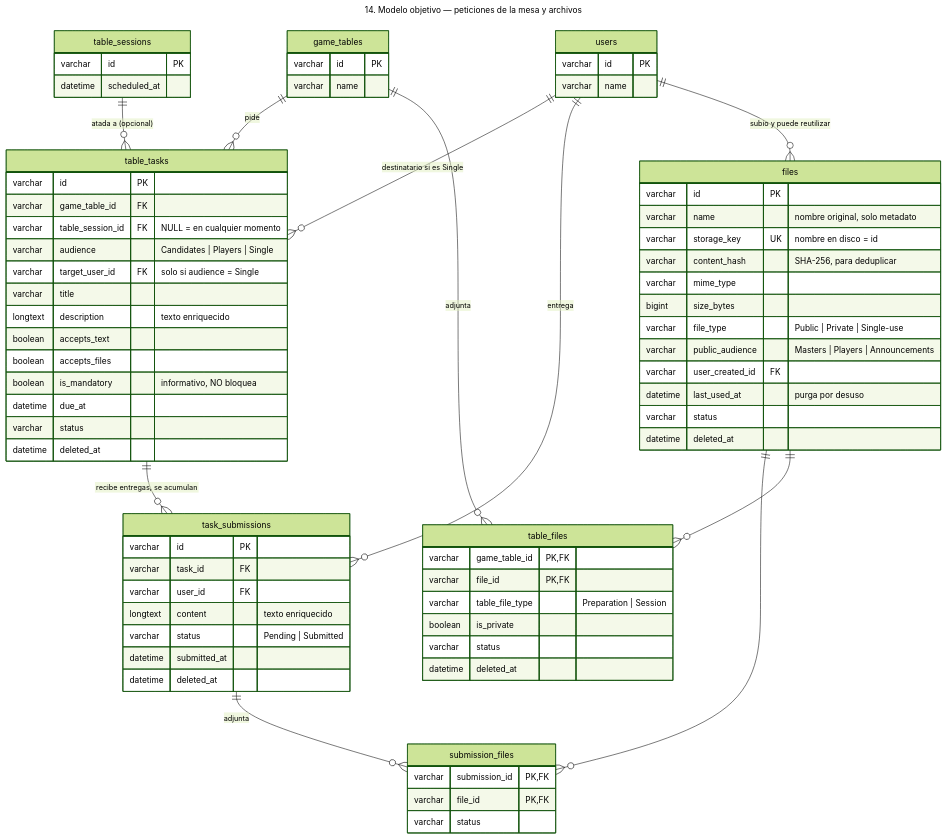
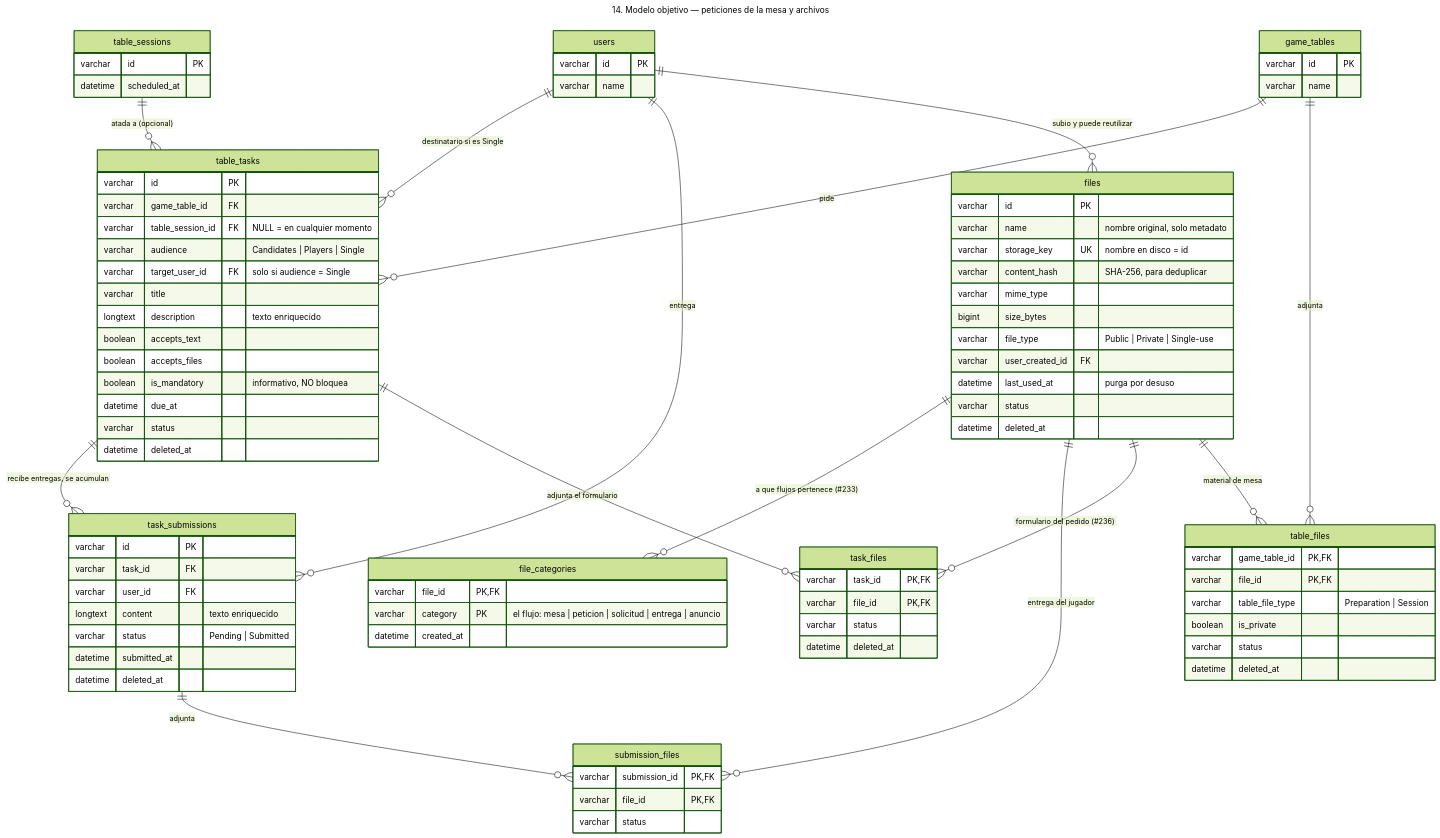
One commit to d4m14n257/CentralDungeon changed the diagram in docs/diagramas/14-objetivo-peticiones-archivos.mmd. Above: the diagram before and after it, drawn with Mermaid (forest theme). The commit also changed 158 other files, not shown here.

First line of the commit message:
El cajón de un archivo es el flujo del que viene, y un pedido puede traer su formulario

```diff
--- a/docs/diagramas/14-objetivo-peticiones-archivos.mmd
+++ b/docs/diagramas/14-objetivo-peticiones-archivos.mmd
@@ -1,86 +1,101 @@
 ---
 title: "14. Modelo objetivo — peticiones de la mesa y archivos"
 ---
 erDiagram
 
     game_tables {
         varchar id PK
         varchar name
     }
 
     table_sessions {
         varchar id PK
         datetime scheduled_at
     }
 
     users {
         varchar id PK
         varchar name
     }
 
     table_tasks {
         varchar id PK
         varchar game_table_id FK
         varchar table_session_id FK "NULL = en cualquier momento"
         varchar audience "Candidates | Players | Single"
         varchar target_user_id FK "solo si audience = Single"
         varchar title
         longtext description "texto enriquecido"
         boolean accepts_text
         boolean accepts_files
         boolean is_mandatory "informativo, NO bloquea"
         datetime due_at
         varchar status
         datetime deleted_at
     }
 
     task_submissions {
         varchar id PK
         varchar task_id FK
         varchar user_id FK
         longtext content "texto enriquecido"
         varchar status "Pending | Submitted"
         datetime submitted_at
         datetime deleted_at
     }
 
     submission_files {
         varchar submission_id PK,FK
         varchar file_id PK,FK
         varchar status
     }
 
     files {
         varchar id PK
         varchar name "nombre original, solo metadato"
         varchar storage_key UK "nombre en disco = id"
         varchar content_hash "SHA-256, para deduplicar"
         varchar mime_type
         bigint size_bytes
         varchar file_type "Public | Private | Single-use"
-        varchar public_audience "Masters | Players | Announcements"
         varchar user_created_id FK
         datetime last_used_at "purga por desuso"
+        varchar status
+        datetime deleted_at
+    }
+
+    file_categories {
+        varchar file_id PK,FK
+        varchar category PK "el flujo: mesa | peticion | solicitud | entrega | anuncio"
+        datetime created_at
+    }
+
+    task_files {
+        varchar task_id PK,FK
+        varchar file_id PK,FK
         varchar status
         datetime deleted_at
     }
 
     table_files {
         varchar game_table_id PK,FK
         varchar file_id PK,FK
         varchar table_file_type "Preparation | Session"
         boolean is_private
         varchar status
         datetime deleted_at
     }
 
     game_tables    ||--o{ table_tasks      : "pide"
     table_sessions ||--o{ table_tasks      : "atada a (opcional)"
     users          ||--o{ table_tasks      : "destinatario si es Single"
     table_tasks    ||--o{ task_submissions : "recibe entregas, se acumulan"
     users          ||--o{ task_submissions : "entrega"
     task_submissions ||--o{ submission_files : "adjunta"
-    files          ||--o{ submission_files : ""
-    files          ||--o{ table_files      : ""
-    game_tables    ||--o{ table_files      : "adjunta"
-    users          ||--o{ files            : "subio y puede reutilizar"
+    files            ||--o{ file_categories  : "a que flujos pertenece (#233)"
+    files            ||--o{ submission_files : "entrega del jugador"
+    files            ||--o{ task_files       : "formulario del pedido (#236)"
+    files            ||--o{ table_files      : "material de mesa"
+    table_tasks      ||--o{ task_files       : "adjunta el formulario"
+    game_tables      ||--o{ table_files      : "adjunta"
+    users            ||--o{ files            : "subio y puede reutilizar"
```
